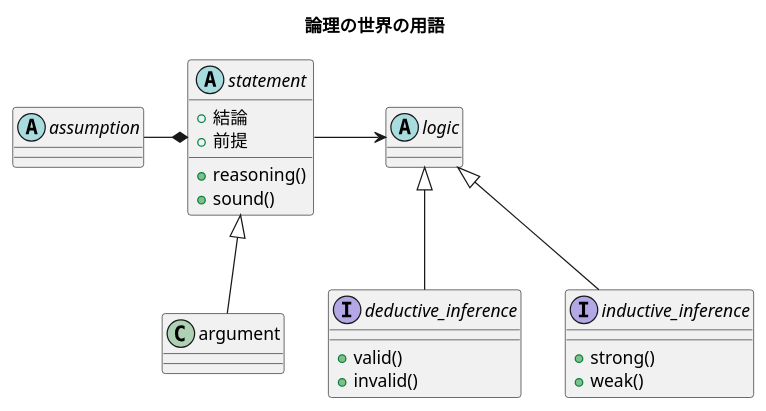
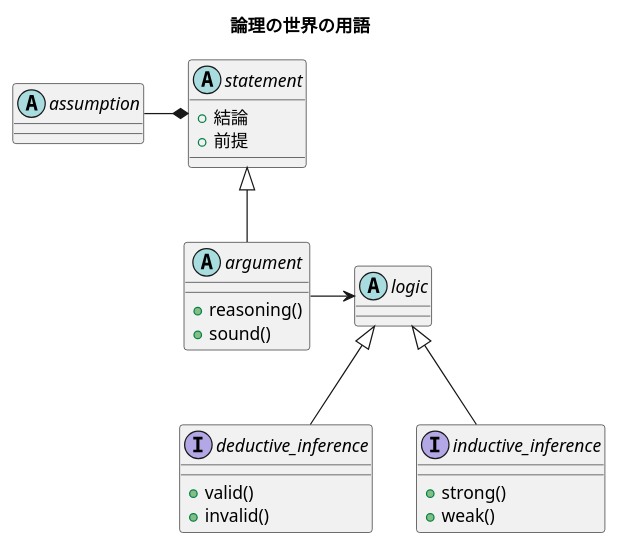
Diagram 30 of 30 in docs/slides/WIP.md (k2works/pragmatic-presentation-exercise-2024), drawn with PlantUML before and after one commit. The commit also changed other lines of this file and 7 other files, not shown here.

````diff
--- a/docs/slides/WIP.md
+++ b/docs/slides/WIP.md
@@ -926,38 +981,38 @@
 ```plantuml
 @startuml
 
 title 論理の世界の用語
 
 abstract "statement" as A {
   + 結論
   + 前提
+}
+
+abstract "argument" as B {
   + reasoning()
   + sound()
-}
-
-class "argument" as B {
 }
 
 abstract "logic" as C {
 }
 
 interface "deductive_inference" as D {
   + valid()
   + invalid()
 }
 
 interface "inductive_inference" as E {
   + strong()
   + weak()
 }
 
 abstract "assumption" as F
 
 F -* A
 A <|-- B
-A -> C
+B -> C
 C <|-- D
 C <|-- E
 
 @enduml
 ```
````
